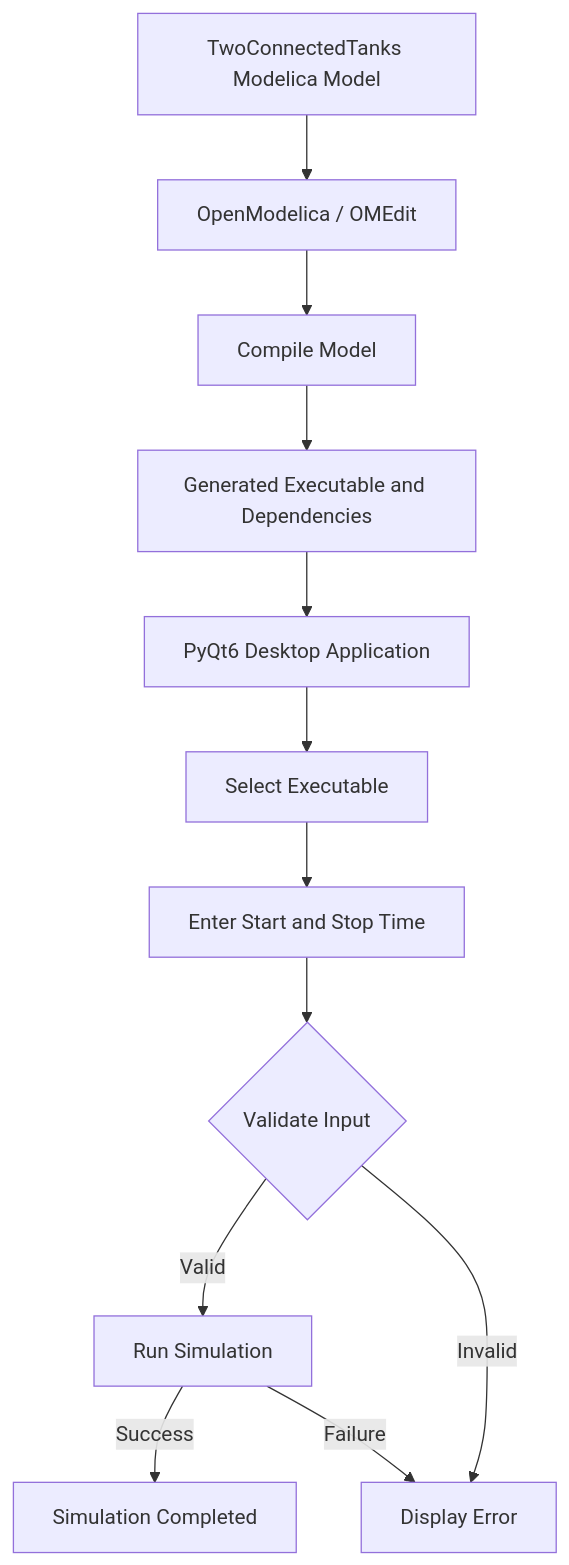
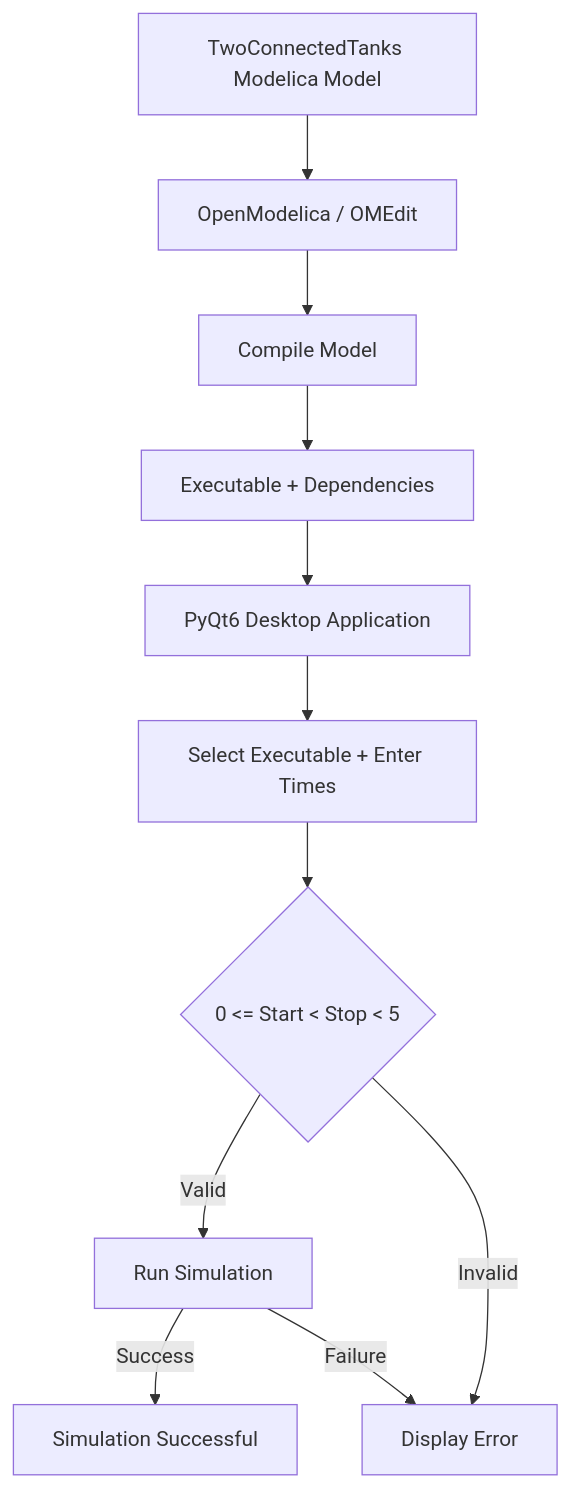
One commit to shlokaloni282/FOSSEE-IITB-AUTUMN-TASKS---OPENMODELICA-DESKTOP-APP changed the diagram in README.md. Above: the diagram before and after it, drawn with Mermaid. The commit also changed other lines of this file, not shown here.

````diff
--- a/README.md
+++ b/README.md
@@ -31,26 +28,24 @@
 ```mermaid
 flowchart TD
     A["TwoConnectedTanks Modelica Model"]
     B["OpenModelica / OMEdit"]
     C["Compile Model"]
-    D["Generated Executable and Dependencies"]
+    D["Executable + Dependencies"]
     E["PyQt6 Desktop Application"]
-    F["Select Executable"]
-    G["Enter Start and Stop Time"]
-    H{"Validate Input"}
-    I["Run Simulation"]
-    J["Simulation Completed"]
-    K["Display Error"]
+    F["Select Executable + Enter Times"]
+    G{"0 <= Start < Stop < 5"}
+    H["Run Simulation"]
+    I["Simulation Successful"]
+    J["Display Error"]
 
     A --> B
     B --> C
     C --> D
     D --> E
     E --> F
     F --> G
-    G --> H
-    H -->|Valid| I
-    H -->|Invalid| K
-    I -->|Success| J
-    I -->|Failure| K
+    G -->|Valid| H
+    G -->|Invalid| J
+    H -->|Success| I
+    H -->|Failure| J
 ```
````
